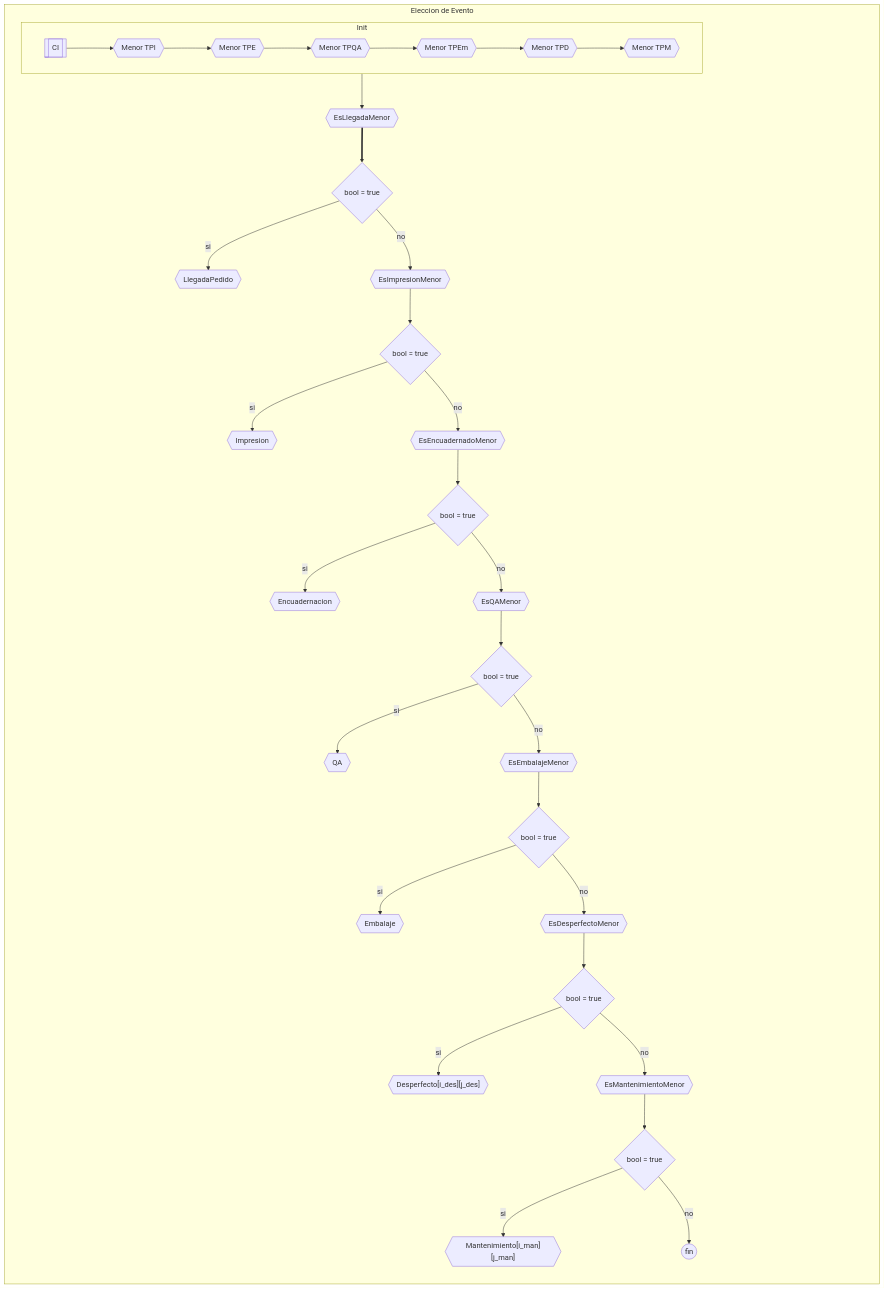
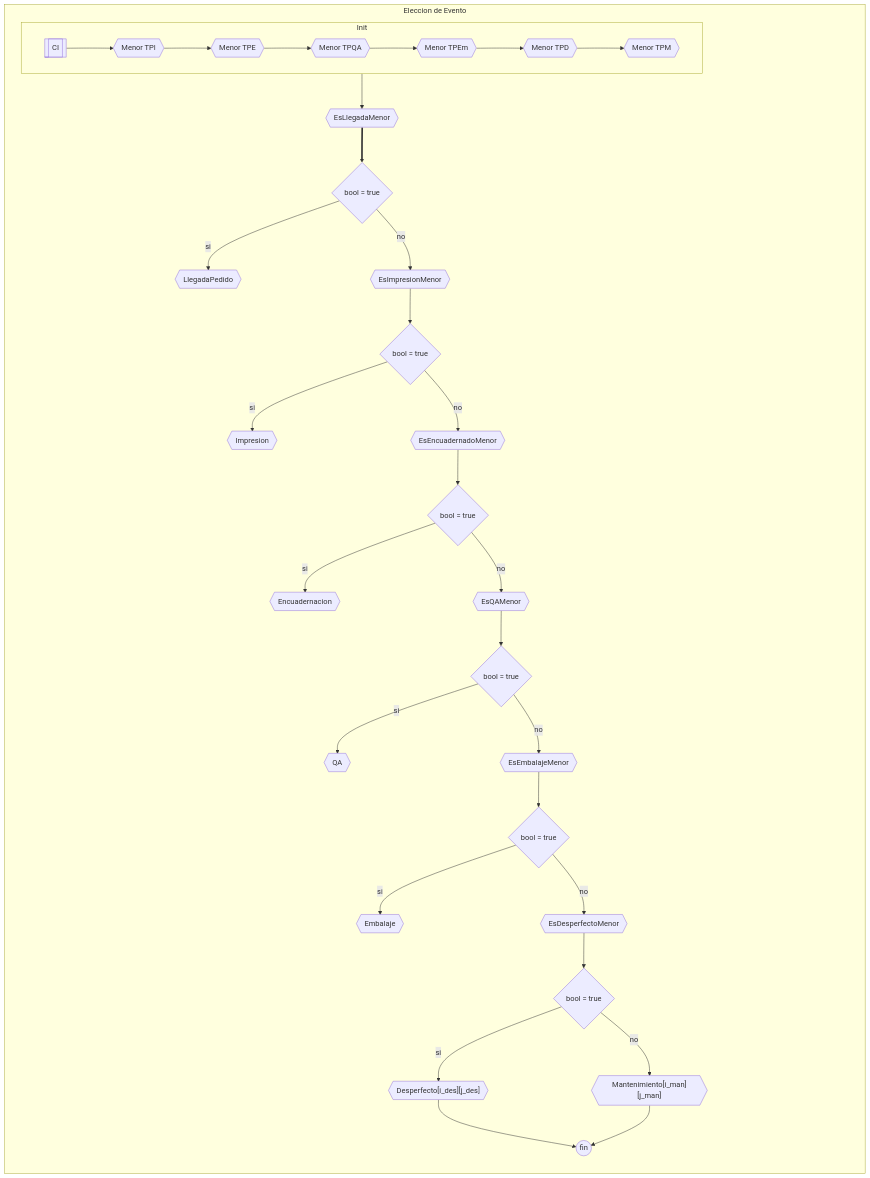
One commit to JuanManuelPrividera/TP-Simu changed the diagram in docs/Diagramas/init/Init.mermaid. Above: the diagram before and after it, drawn with Mermaid. The commit also changed 39 other files, not shown here.

```diff
--- a/docs/Diagramas/init/Init.mermaid
+++ b/docs/Diagramas/init/Init.mermaid
@@ -1,31 +1,28 @@
 flowchart TD    
     direction TD
     subgraph Init
     CI[[CI]] --> Impresion{{Menor TPI}} --> Encuadernacion{{Menor TPE}} --> QA{{Menor TPQA}} --> Embalaje{{Menor TPEm}} --> Desperfecto{{Menor TPD}} --> Mantenimiento{{Menor TPM}}
     end
     
     subgraph Eleccion de Evento 
     direction TD
     Init{{Init}} --> MenorLlegada{{EsLlegadaMenor}}
     MenorLlegada ==> if{bool = true}
     if --> |si| Llegada{{LlegadaPedido}}
     if --> |no| EsImpresionMenor{{EsImpresionMenor}}
     EsImpresionMenor --> if2{bool = true}
     if2 --> |si| Impresion2{{Impresion}}
     if2 --> |no| EsEncuadernadoMenor{{EsEncuadernadoMenor}}
     EsEncuadernadoMenor --> if3{bool = true}
     if3 --> |si| Encuadernacion2{{Encuadernacion}}
     if3 --> |no| EsQAMenor{{EsQAMenor}}
     EsQAMenor --> if4{bool = true}
     if4 --> |si| QA2{{QA}}
     if4 --> |no| EsEmbalajeMenor{{EsEmbalajeMenor}}
     EsEmbalajeMenor --> if5{bool = true}
     if5 --> |si| Embalaje2{{Embalaje}}
     if5 --> |no| EsDesperfectoMenor{{EsDesperfectoMenor}}
     EsDesperfectoMenor --> if7{bool = true}
-    if7 --> |si| Desperfecto2{{"Desperfecto[i_des][j_des]"}}
-    if7 --> |no| EsMantenimientoMenor{{EsMantenimientoMenor}}
-    EsMantenimientoMenor --> if8{bool = true}
-    if8 --> |si| Mantenimiento2{{"Mantenimiento[i_man][j_man]"}}
-    if8 --> |no| fin((fin))
+    if7 --> |si| Desperfecto2{{"Desperfecto[i_des][j_des]"}} --> fin
+    if7 --> |no| Mantenimiento2{{"Mantenimiento[i_man][j_man]"}} --> fin((fin))
     end
```
